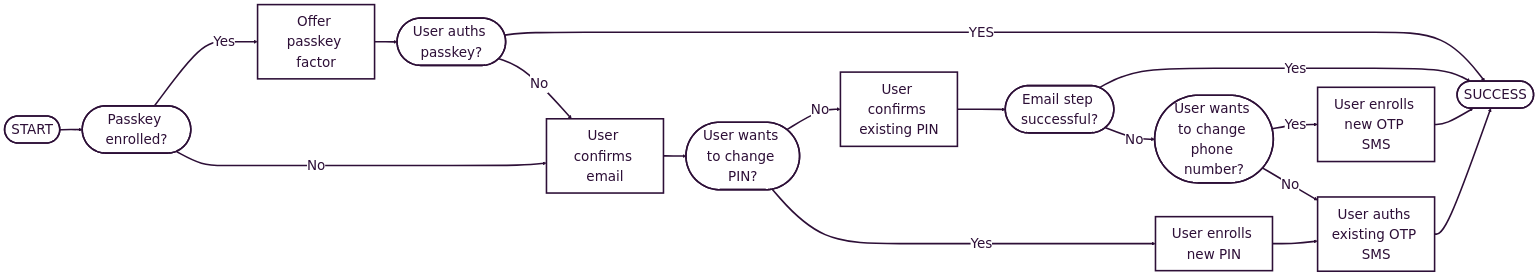
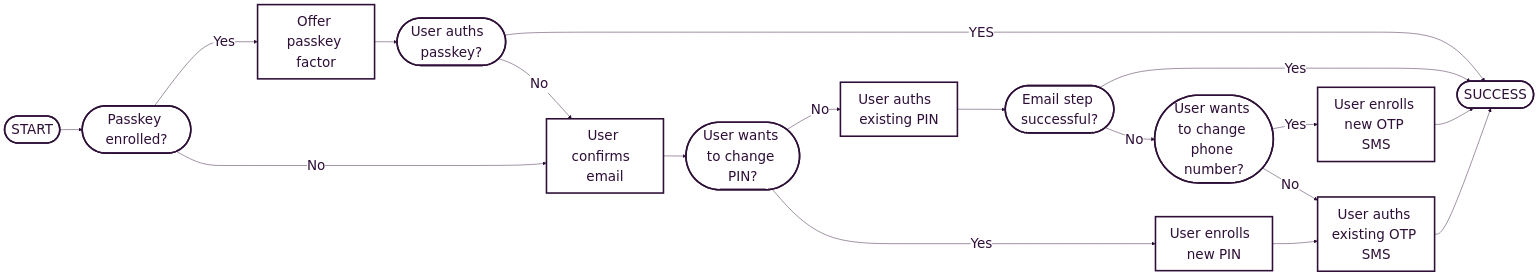
Before and after one commit to Mangopay/docs: the second of 3 diagrams in guides/sca/factors.mdx, drawn with Mermaid. The commit also changed other lines of this file, not shown here.

````diff
--- a/guides/sca/factors.mdx
+++ b/guides/sca/factors.mdx
@@ -183,51 +335,51 @@
 ```mermaid
 %%{
   init: {
     'theme': 'base',
     'themeVariables': {
       'primaryColor': '#FFFFFF',
       'primaryTextColor': '#2D0F37',
       'primaryBorderColor': '#2D0F37',
       'lineColor': '#2D0F37',
       'secondaryColor': '#FFFFFF',
       'tertiaryColor': '#FFFFFF',
       'fontSize': '30px',
       'fontFamily': 'Inter'
     }
   }
 }%%
 flowchart LR
-    n6["Offer passkey factor"] ==> n7(["User auths passkey?"])
-    n14(["START"]) ==> n4(["Passkey enrolled?"])
-    n4 == Yes ===> n6
-    n4 == No ===> n17["User confirms email"]
-    n7 == YES ===> n13(["SUCCESS"])
-    n17 ==> n18(["User wants to change PIN?"])
-    n18 == No ==> n22["User confirms existing PIN"]
-    n19(["Email step successful?"]) == Yes ===> n13
-    n20["User auths existing OTP SMS"] ==> n13
-    n22 ==> n19
-    n18 == Yes ===> n23["User enrolls new PIN"]
-    n23 ==> n20
-    n7 == No ==> n17
-    n19 == No ==> n28(["User wants to change phone number?"])
-    n28 == Yes ==> n29["User enrolls new OTP SMS "]
-    n29 ==> n13
-    n28 == No ==> n20
+    n6["Offer passkey factor"] --> n7(["User auths  passkey?"])
+    n14(["START"]) --> n4(["Passkey enrolled?"])
+    n4 -- Yes ---> n6
+    n4 -- No ---> n17["User confirms  email"]
+    n7 -- YES ---> n13(["SUCCESS"])
+    n17 --> n18(["User wants to change PIN?"])
+    n18 -- No --> n22["User auths  existing PIN"]
+    n19(["Email step successful?"]) -- Yes ---> n13
+    n20["User auths existing OTP SMS"] --> n13
+    n22 --> n19
+    n18 -- Yes ---> n23["User enrolls  new PIN"]
+    n23 --> n20
+    n7 -- No --> n17
+    n19 -- No --> n28(["User wants to change phone number?"])
+    n28 -- Yes --> n29["User enrolls new OTP SMS"]
+    n29 --> n13
+    n28 -- No --> n20
 
     n6@{ shape: rect}
 
     style n4 stroke-width:3.5px
     style n6 stroke-width:3.5px
     style n7 stroke-width:3.5px
     style n13 stroke-width:3.5px
     style n14 stroke-width:3.5px
     style n17 stroke-width:3.5px
     style n18 stroke-width:3.5px
     style n19 stroke-width:3.5px
     style n20 stroke-width:3.5px
     style n22 stroke-width:3.5px
     style n23 stroke-width:3.5px
     style n28 stroke-width:3.5px
     style n29 stroke-width:3.5px
 ```
````
